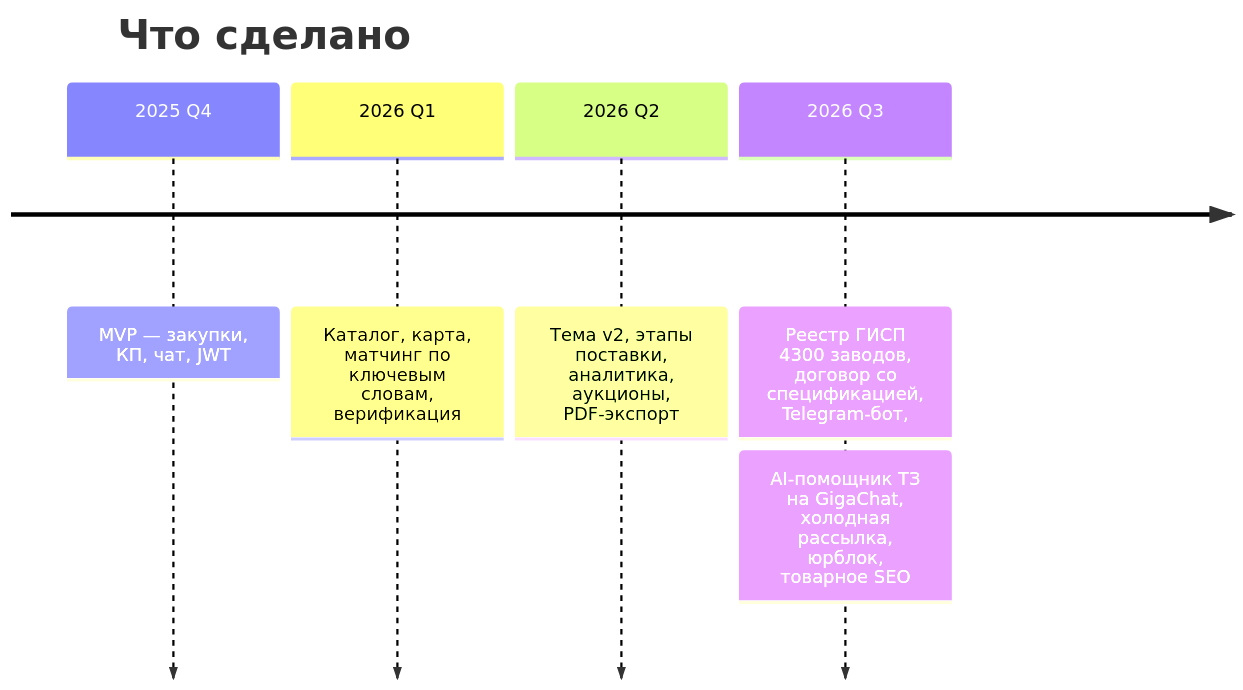
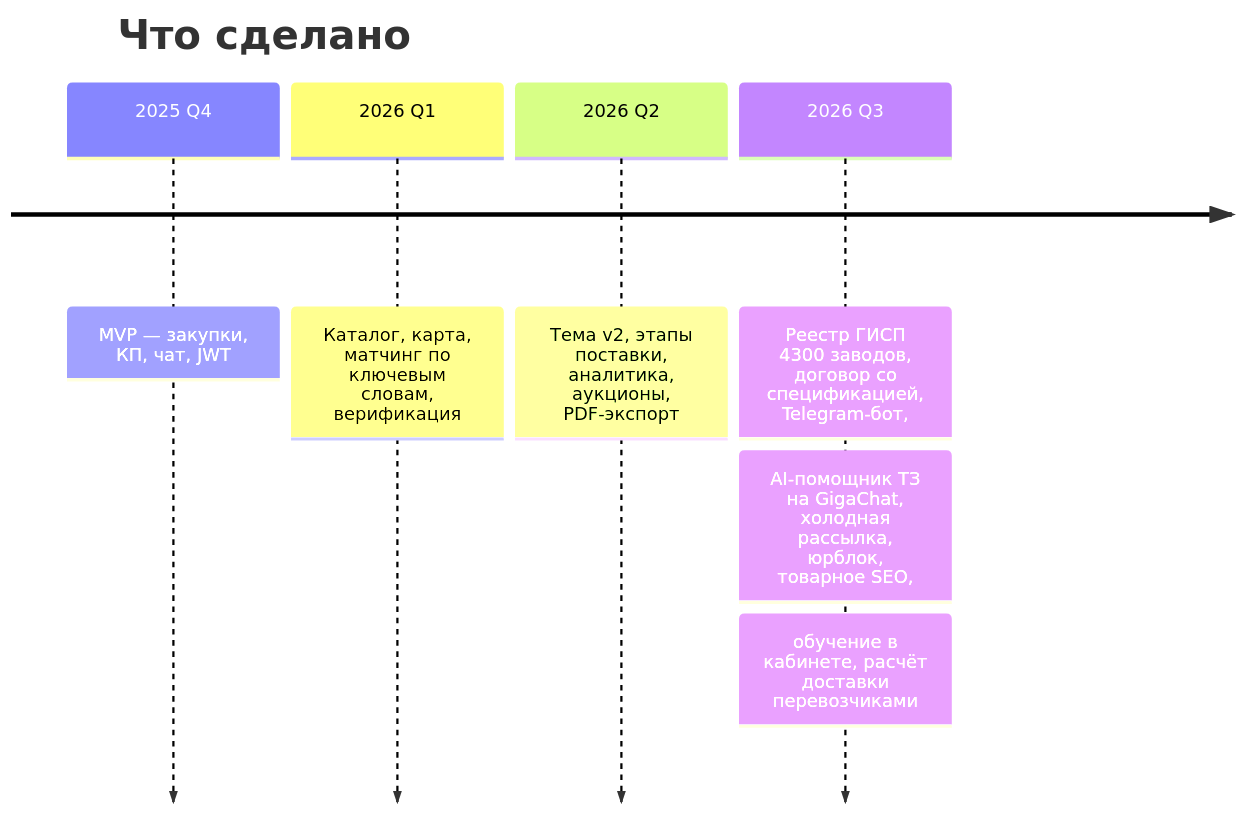
One commit to Nolan6663/b2bneft changed the diagram in docs/roadmap.md. Above: the diagram before and after it, drawn with Mermaid. The commit also changed other lines of this file, not shown here.

First line of the commit message:
docs(roadmap): расчёт доставки и честное число тестов

````diff
--- a/docs/roadmap.md
+++ b/docs/roadmap.md
@@ -22,9 +24,10 @@
 ```mermaid
 timeline
     title Что сделано
     2025 Q4 : MVP — закупки, КП, чат, JWT
     2026 Q1 : Каталог, карта, матчинг по ключевым словам, верификация
     2026 Q2 : Тема v2, этапы поставки, аналитика, аукционы, PDF-экспорт
     2026 Q3 : Реестр ГИСП 4300 заводов, договор со спецификацией, Telegram-бот,
-            : AI-помощник ТЗ на GigaChat, холодная рассылка, юрблок, товарное SEO
+            : AI-помощник ТЗ на GigaChat, холодная рассылка, юрблок, товарное SEO,
+            : обучение в кабинете, расчёт доставки перевозчиками
 ```
````
